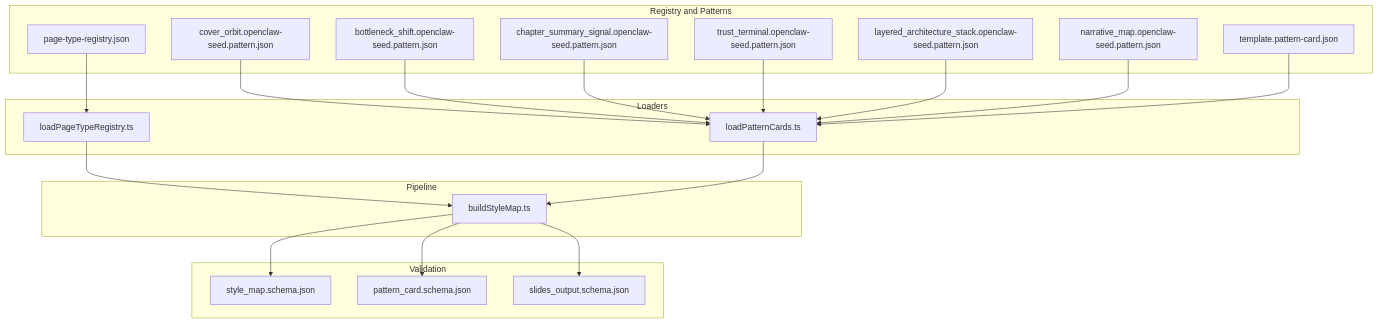
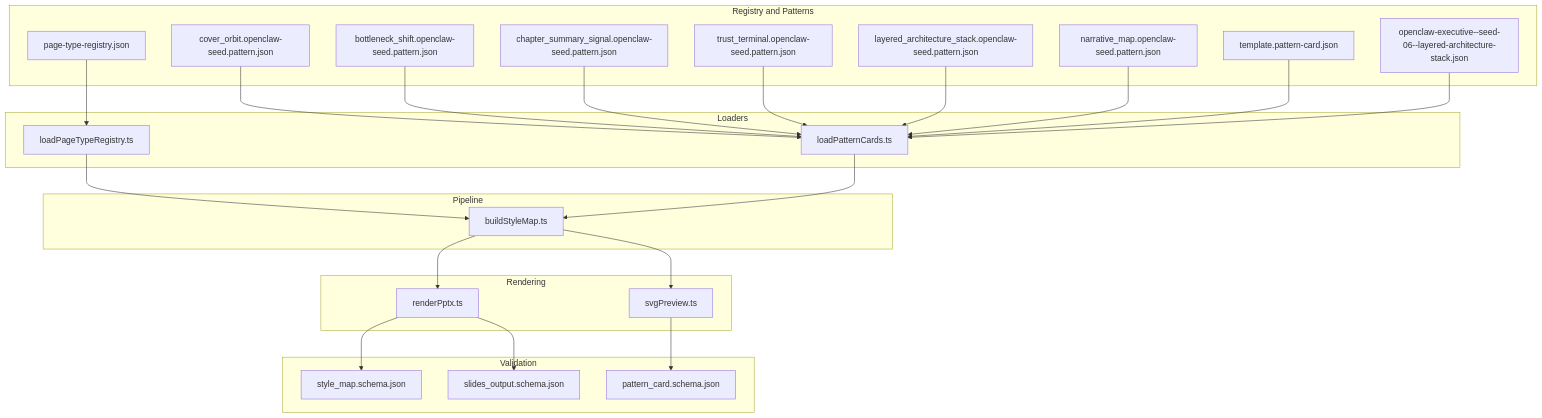
One commit to brantzh6/deepPPT changed the first of 9 diagrams in .qoder/repowiki/en/content/Style System/Page Type Registry.md. Above: the diagram before and after it, drawn with Mermaid. The commit also changed other lines of this file and 5 other files, not shown here.

````diff
--- a/.qoder/repowiki/en/content/Style System/Page Type Registry.md
+++ b/.qoder/repowiki/en/content/Style System/Page Type Registry.md
@@ -58,38 +59,46 @@
 ```mermaid
 graph TB
 subgraph "Registry and Patterns"
 R["page-type-registry.json"]
 PC1["cover_orbit.openclaw-seed.pattern.json"]
 PC2["bottleneck_shift.openclaw-seed.pattern.json"]
 PC3["chapter_summary_signal.openclaw-seed.pattern.json"]
 PC4["trust_terminal.openclaw-seed.pattern.json"]
 PC5["layered_architecture_stack.openclaw-seed.pattern.json"]
 PC6["narrative_map.openclaw-seed.pattern.json"]
 TPL["template.pattern-card.json"]
+REF["openclaw-executive--seed-06--layered-architecture-stack.json"]
 end
 subgraph "Loaders"
 LPR["loadPageTypeRegistry.ts"]
 LPC["loadPatternCards.ts"]
 end
 subgraph "Pipeline"
 BSM["buildStyleMap.ts"]
+end
+subgraph "Rendering"
+RPPTX["renderPptx.ts"]
+SPREV["svgPreview.ts"]
 end
 subgraph "Validation"
 SMS["style_map.schema.json"]
 PCS["pattern_card.schema.json"]
 SOS["slides_output.schema.json"]
 end
 R --> LPR
 PC1 --> LPC
 PC2 --> LPC
 PC3 --> LPC
 PC4 --> LPC
 PC5 --> LPC
 PC6 --> LPC
 TPL --> LPC
+REF --> LPC
 LPR --> BSM
 LPC --> BSM
-BSM --> SMS
-BSM --> PCS
-BSM --> SOS
+BSM --> RPPTX
+BSM --> SPREV
+RPPTX --> SMS
+SPREV --> PCS
+RPPTX --> SOS
 ```
````
